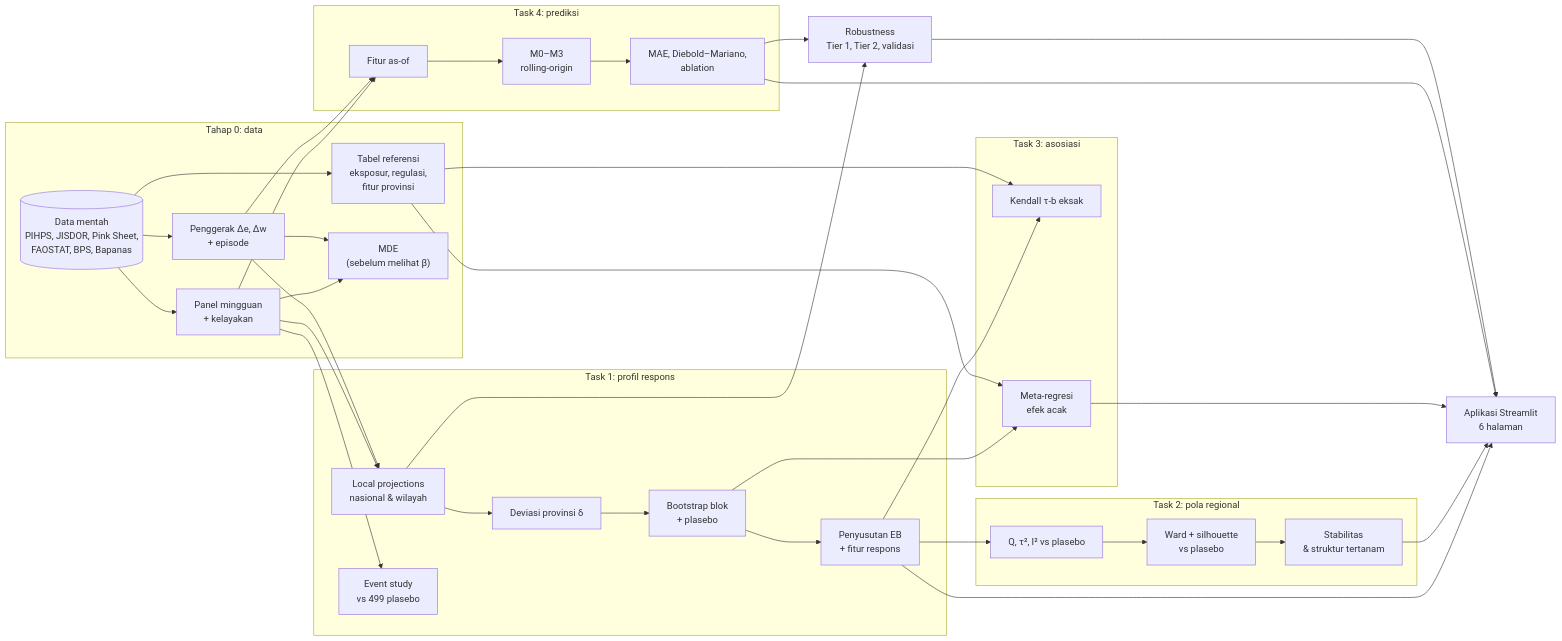
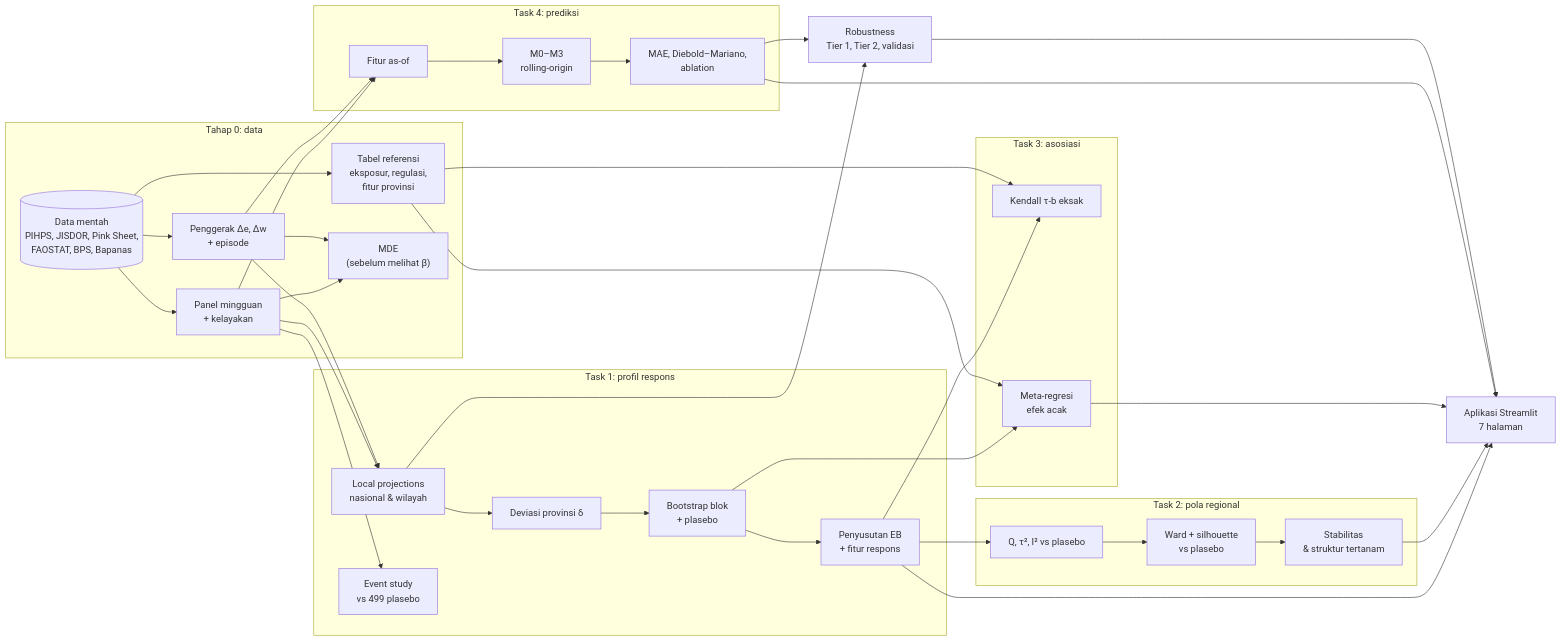
Before and after one commit to danenftyessir/kurs-associated-grocery-analysis-of-markets-in-indonesia: the diagram in README.md, drawn with Mermaid. The commit also changed other lines of this file and 28 other files, not shown here.

````diff
--- a/README.md
+++ b/README.md
@@ -166,43 +167,43 @@
 ```mermaid
 flowchart LR
     subgraph S0["Tahap 0: data"]
         R[("Data mentah<br/>PIHPS, JISDOR, Pink Sheet,<br/>FAOSTAT, BPS, Bapanas")] --> W["Panel mingguan<br/>+ kelayakan"]
         R --> D["Penggerak Δe, Δw<br/>+ episode"]
         R --> T["Tabel referensi<br/>eksposur, regulasi,<br/>fitur provinsi"]
         W --> M["MDE<br/>(sebelum melihat β)"]
         D --> M
     end
     subgraph T1["Task 1: profil respons"]
         LP["Local projections<br/>nasional & wilayah"] --> DEV["Deviasi provinsi δ"]
         DEV --> BOOT["Bootstrap blok<br/>+ plasebo"]
         BOOT --> EB["Penyusutan EB<br/>+ fitur respons"]
         ES["Event study<br/>vs 499 plasebo"]
     end
     subgraph T2["Task 2: pola regional"]
         HET["Q, τ², I² vs plasebo"] --> CL["Ward + silhouette<br/>vs plasebo"] --> STB["Stabilitas<br/>& struktur tertanam"]
     end
     subgraph T3["Task 3: asosiasi"]
         KEN["Kendall τ-b eksak"]
         MR["Meta-regresi<br/>efek acak"]
     end
     subgraph T4["Task 4: prediksi"]
         F["Fitur as-of"] --> MOD["M0–M3<br/>rolling-origin"] --> DM["MAE, Diebold–Mariano,<br/>ablation"]
     end
     W --> LP
     D --> LP
     W --> ES
     EB --> HET
     EB --> KEN
     T --> KEN
     BOOT --> MR
     T --> MR
     W --> F
     D --> F
     LP --> ROB["Robustness<br/>Tier 1, Tier 2, validasi"]
     DM --> ROB
-    EB --> APP["Aplikasi Streamlit<br/>6 halaman"]
+    EB --> APP["Aplikasi Streamlit<br/>7 halaman"]
     STB --> APP
     MR --> APP
     DM --> APP
     ROB --> APP
 ```
````
